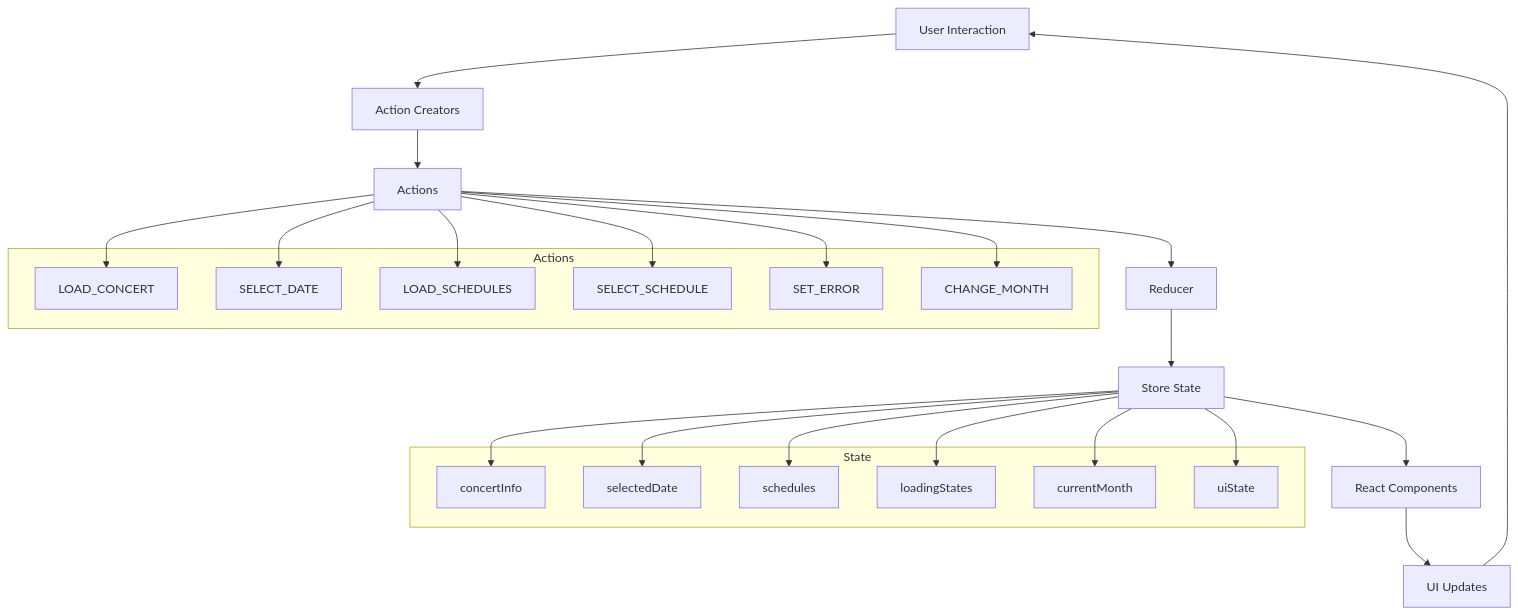
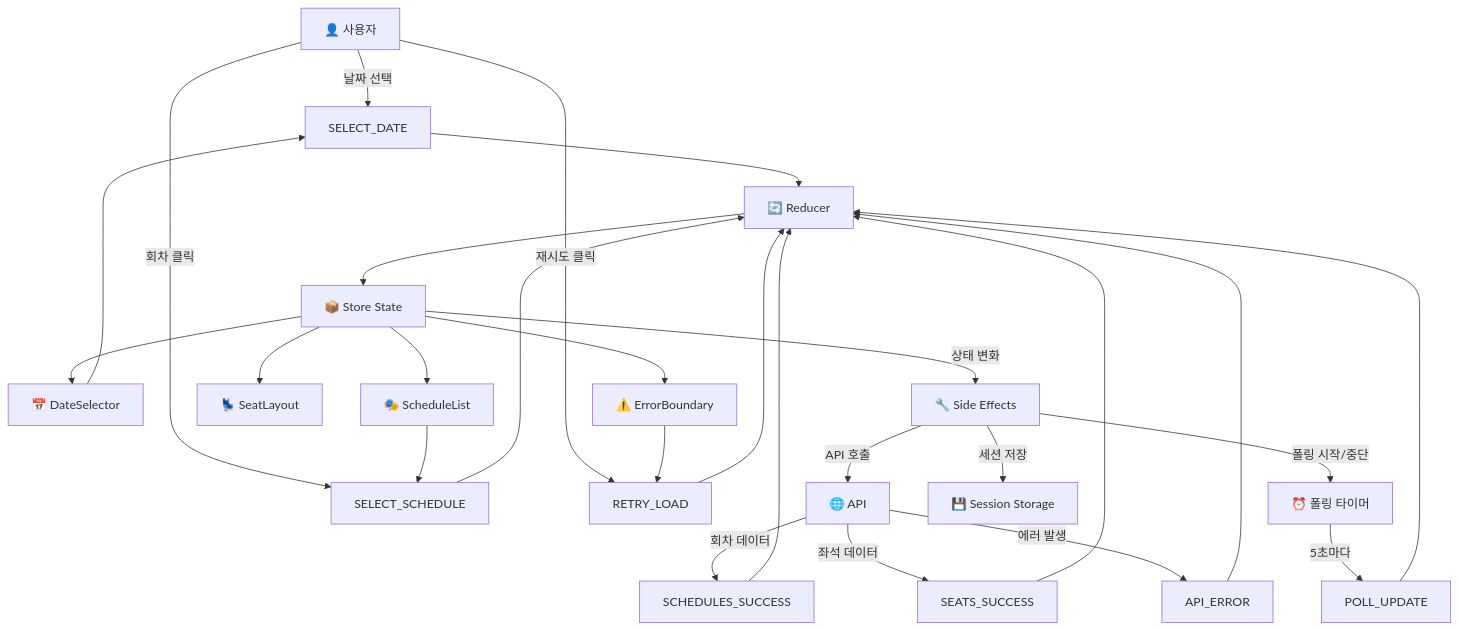
The second of 3 diagrams in docs/state-management.md (makerjkk/vmc-3-ticket-booking), drawn with Mermaid before and after one commit. The commit also changed other lines of this file and 28 other files, not shown here.

````diff
--- a/docs/state-management.md
+++ b/docs/state-management.md
@@ -208,42 +74,44 @@
 ```mermaid
-graph TD
-    A[User Interaction] --> B[Action Creators]
-    B --> C[Actions]
-    C --> D[Reducer]
-    D --> E[Store State]
-    E --> F[React Components]
-    F --> G[UI Updates]
-    G --> A
+graph TB
+    %% User Actions
+    User[👤 사용자] --> |날짜 선택| A1[SELECT_DATE]
+    User --> |회차 클릭| A2[SELECT_SCHEDULE]
+    User --> |재시도 클릭| A3[RETRY_LOAD]
     
-    subgraph "Actions"
-        C1[LOAD_CONCERT]
-        C2[SELECT_DATE]
-        C3[LOAD_SCHEDULES]
-        C4[SELECT_SCHEDULE]
-        C5[SET_ERROR]
-        C6[CHANGE_MONTH]
-    end
+    %% API Actions
+    API[🌐 API] --> |회차 데이터| A4[SCHEDULES_SUCCESS]
+    API --> |좌석 데이터| A5[SEATS_SUCCESS]
+    API --> |에러 발생| A6[API_ERROR]
     
-    subgraph "State"
-        E1[concertInfo]
-        E2[selectedDate]
-        E3[schedules]
-        E4[loadingStates]
-        E5[currentMonth]
-        E6[uiState]
-    end
+    %% Timer Actions
+    Timer[⏰ 폴링 타이머] --> |5초마다| A7[POLL_UPDATE]
     
-    C --> C1
-    C --> C2
-    C --> C3
-    C --> C4
-    C --> C5
-    C --> C6
+    %% Actions to Reducer
+    A1 --> R[🔄 Reducer]
+    A2 --> R
+    A3 --> R
+    A4 --> R
+    A5 --> R
+    A6 --> R
+    A7 --> R
     
-    E --> E1
-    E --> E2
-    E --> E3
-    E --> E4
-    E --> E5
-    E --> E6
+    %% Reducer to Store
+    R --> S[📦 Store State]
+    
+    %% Store to Components
+    S --> C1[📅 DateSelector]
+    S --> C2[🎭 ScheduleList]
+    S --> C3[💺 SeatLayout]
+    S --> C4[⚠️ ErrorBoundary]
+    
+    %% Components trigger Actions
+    C1 --> A1
+    C2 --> A2
+    C4 --> A3
+    
+    %% Side Effects
+    S --> |상태 변화| SE[🔧 Side Effects]
+    SE --> |API 호출| API
+    SE --> |폴링 시작/중단| Timer
+    SE --> |세션 저장| SS[💾 Session Storage]
 ```
````
